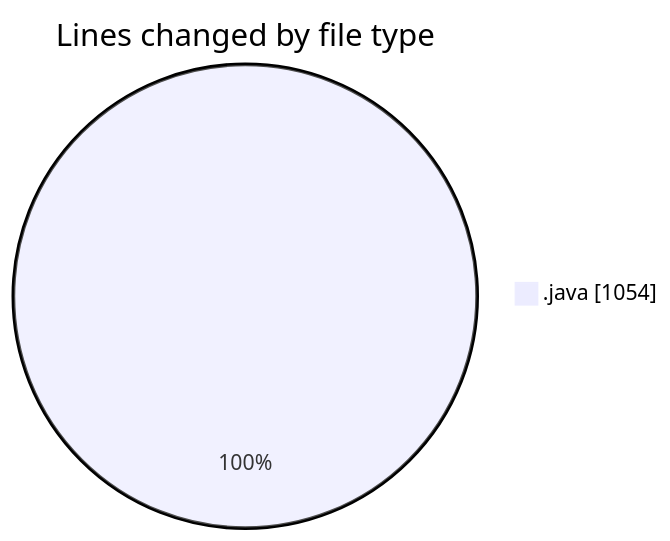
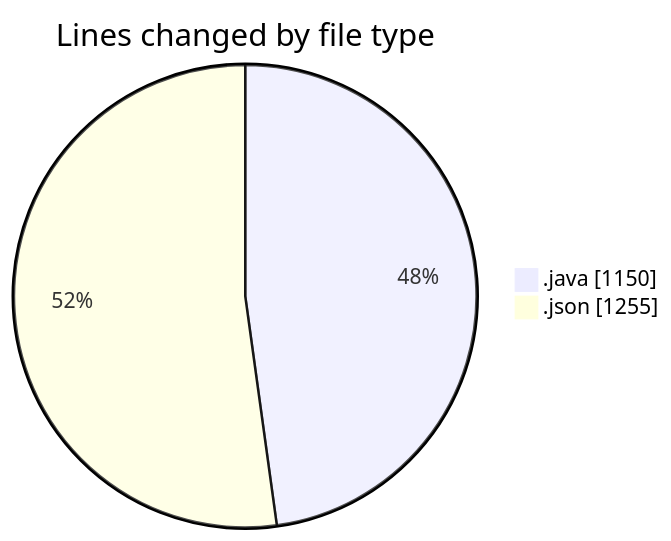
One commit to ricardozamudiocil/code-tracking changed the first of 2 diagrams in 2026-07-08/cilapp/README.md. Above: the diagram before and after it, drawn with Mermaid. The commit also changed other lines of this file and 1 other file, not shown here.

````diff
--- a/2026-07-08/cilapp/README.md
+++ b/2026-07-08/cilapp/README.md
@@ -22,5 +23,6 @@
 ```mermaid
 pie showData
 title Lines changed by file type
-".java" : 1054
+".java" : 1150
+".json" : 1255
 ```
````
